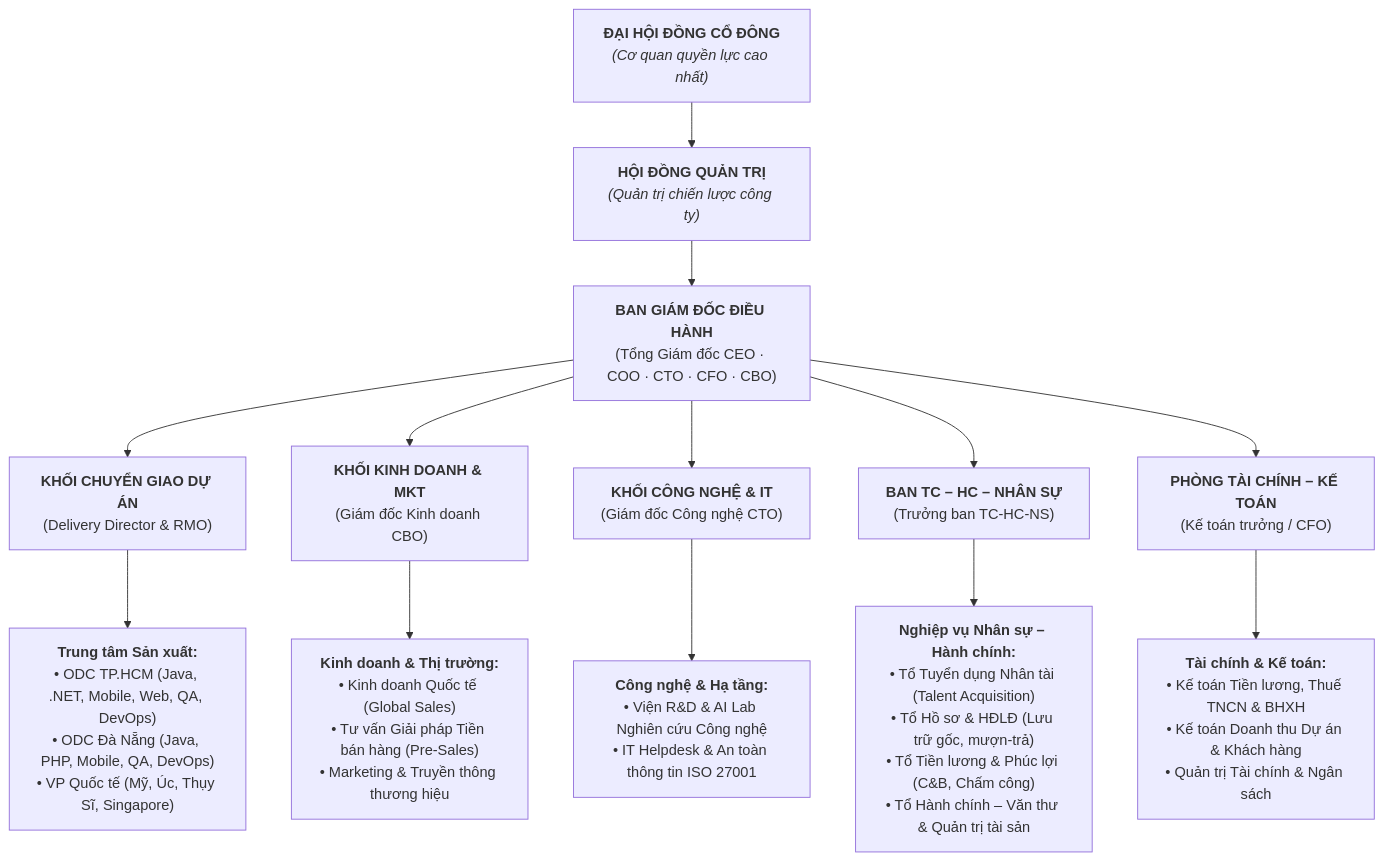
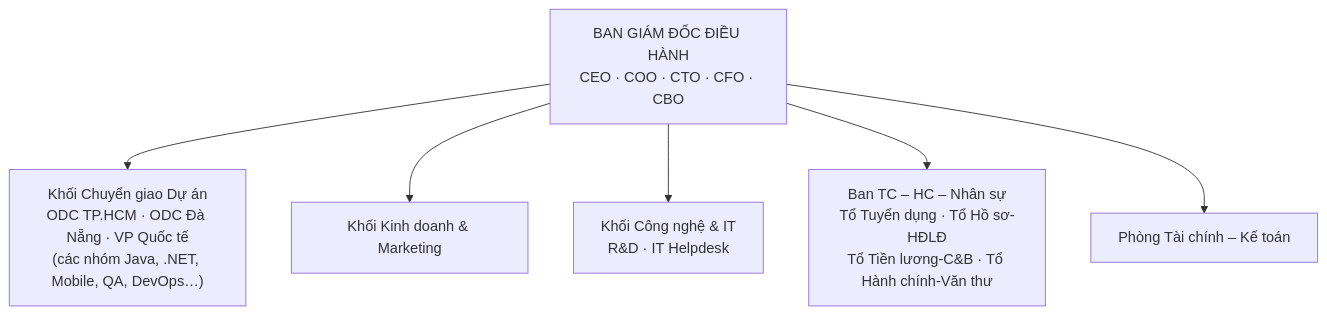
One commit to BlackOwl242/tailieuhoctap changed the first of 2 diagrams in Hệ thống thông tin quản trị nhân lực/doc/Plan.md. Above: the diagram before and after it, drawn with Mermaid. The commit also changed other lines of this file and 83 other files, not shown here.

````diff
--- a/Hệ thống thông tin quản trị nhân lực/doc/Plan.md
+++ b/Hệ thống thông tin quản trị nhân lực/doc/Plan.md
@@ -57,28 +70,9 @@
 ```mermaid
 graph TD
-    %% TẦNG 1: QUẢN TRỊ SỞ HỮU & BAN ĐIỀU HÀNH
-    DHDCD["<b>ĐẠI HỘI ĐỒNG CỔ ĐÔNG</b><br/><i>(Cơ quan quyền lực cao nhất)</i>"]
-    HDQT["<b>HỘI ĐỒNG QUẢN TRỊ</b><br/><i>(Quản trị chiến lược công ty)</i>"]
-    BGD["<b>BAN GIÁM ĐỐC ĐIỀU HÀNH</b><br/>(Tổng Giám đốc CEO · COO · CTO · CFO · CBO)"]
-
-    DHDCD --> HDQT
-    HDQT --> BGD
-
-    %% TẦNG 2: 5 KHỐI / PHÒNG BAN CHỨC NĂNG (CÙNG CẤP NGANG HÀNG NHAU)
-    BGD --> K_DEL["<b>KHỐI CHUYỂN GIAO DỰ ÁN</b><br/>(Delivery Director & RMO)"]
-    BGD --> K_BIZ["<b>KHỐI KINH DOANH & MKT</b><br/>(Giám đốc Kinh doanh CBO)"]
-    BGD --> K_TECH["<b>KHỐI CÔNG NGHỆ & IT</b><br/>(Giám đốc Công nghệ CTO)"]
-    BGD --> K_HR["<b>BAN TC – HC – NHÂN SỰ</b><br/>(Trưởng ban TC-HC-NS)"]
-    BGD --> K_FIN["<b>PHÒNG TÀI CHÍNH – KẾ TOÁN</b><br/>(Kế toán trưởng / CFO)"]
-
-    %% TẦNG 3: CÁC ĐƠN VỊ / TỔ TRỰC THUỘC (NẰM THẲNG HÀNG DƯỚI TỪNG KHỐI TƯƠNG ỨNG)
-    K_DEL --> DEL_SUB["<b>Trung tâm Sản xuất:</b><br/>• ODC TP.HCM (Java, .NET, Mobile, Web, QA, DevOps)<br/>• ODC Đà Nẵng (Java, PHP, Mobile, QA, DevOps)<br/>• VP Quốc tế (Mỹ, Úc, Thụy Sĩ, Singapore)"]
-    
-    K_BIZ --> BIZ_SUB["<b>Kinh doanh & Thị trường:</b><br/>• Kinh doanh Quốc tế (Global Sales)<br/>• Tư vấn Giải pháp Tiền bán hàng (Pre-Sales)<br/>• Marketing & Truyền thông thương hiệu"]
-    
-    K_TECH --> TECH_SUB["<b>Công nghệ & Hạ tầng:</b><br/>• Viện R&D & AI Lab Nghiên cứu Công nghệ<br/>• IT Helpdesk & An toàn thông tin ISO 27001"]
-    
-    K_HR --> HR_SUB["<b>Nghiệp vụ Nhân sự – Hành chính:</b><br/>• Tổ Tuyển dụng Nhân tài (Talent Acquisition)<br/>• Tổ Hồ sơ & HĐLĐ (Lưu trữ gốc, mượn-trả)<br/>• Tổ Tiền lương & Phúc lợi (C&B, Chấm công)<br/>• Tổ Hành chính – Văn thư & Quản trị tài sản"]
-    
-    K_FIN --> FIN_SUB["<b>Tài chính & Kế toán:</b><br/>• Kế toán Tiền lương, Thuế TNCN & BHXH<br/>• Kế toán Doanh thu Dự án & Khách hàng<br/>• Quản trị Tài chính & Ngân sách"]
+    BGD["BAN GIÁM ĐỐC ĐIỀU HÀNH<br/>CEO · COO · CTO · CFO · CBO"]
+    BGD --> DEL["Khối Chuyển giao Dự án<br/>ODC TP.HCM · ODC Đà Nẵng · VP Quốc tế<br/>(các nhóm Java, .NET, Mobile, QA, DevOps…)"]
+    BGD --> BIZ["Khối Kinh doanh & Marketing"]
+    BGD --> TECH["Khối Công nghệ & IT<br/>R&D · IT Helpdesk"]
+    BGD --> HR["Ban TC – HC – Nhân sự<br/>Tổ Tuyển dụng · Tổ Hồ sơ-HĐLĐ<br/>Tổ Tiền lương-C&B · Tổ Hành chính-Văn thư"]
+    BGD --> FIN["Phòng Tài chính – Kế toán"]
 ```
````
